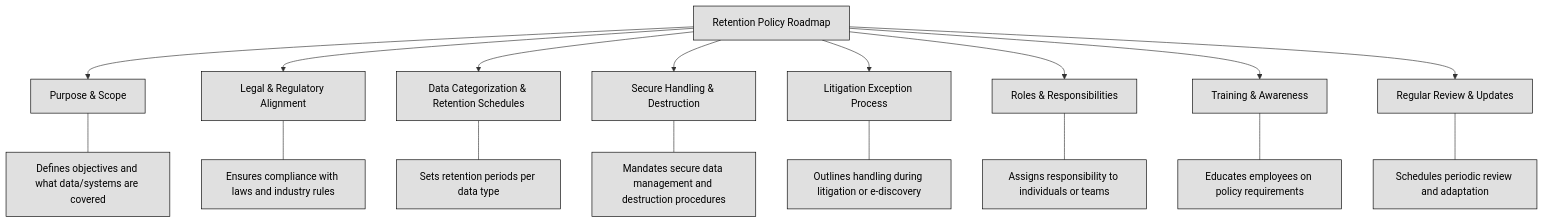
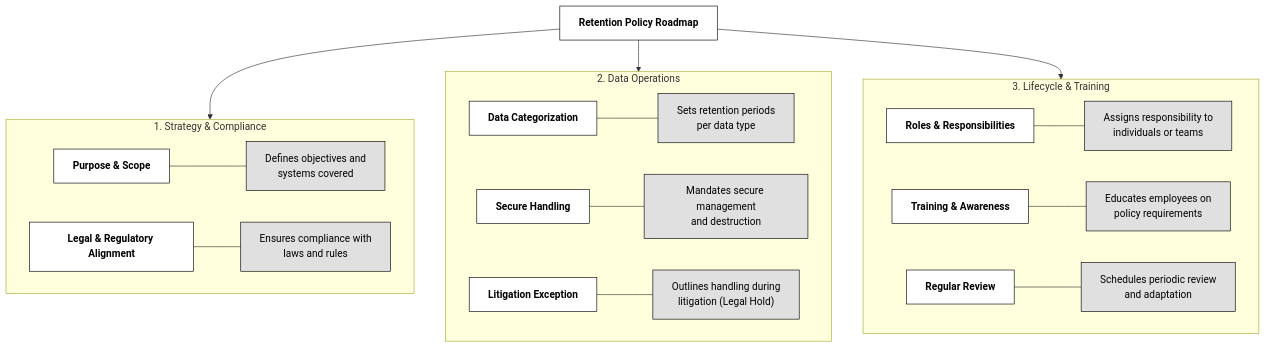
One commit to lorenzoleonelli/CISSP-Zero-to-Hero changed the diagram in DOMAIN2: Asset Security/2.05 Ensure appropriate asset retention.md. Above: the diagram before and after it, drawn with Mermaid.

Commit message:
Update 2.05 Ensure appropriate asset retention.md

````diff
--- a/DOMAIN2: Asset Security/2.05 Ensure appropriate asset retention.md
+++ b/DOMAIN2: Asset Security/2.05 Ensure appropriate asset retention.md
@@ -16,23 +16,31 @@
 ```mermaid
 flowchart TB
-  A[Retention Policy Roadmap] --> B[Purpose & Scope]
-  A --> C[Legal & Regulatory Alignment]
-  A --> D[Data Categorization & Retention Schedules]
-  A --> E[Secure Handling & Destruction]
-  A --> F[Litigation Exception Process]
-  A --> G[Roles & Responsibilities]
-  A --> H[Training & Awareness]
-  A --> I[Regular Review & Updates]
+    A["<b>Retention Policy Roadmap</b>"]
 
-  B --- B1[Defines objectives and what data/systems are covered]
-  C --- C1[Ensures compliance with laws and industry rules]
-  D --- D1[Sets retention periods per data type]
-  E --- E1[Mandates secure data management and destruction procedures]
-  F --- F1[Outlines handling during litigation or e-discovery]
-  G --- G1[Assigns responsibility to individuals or teams]
-  H --- H1[Educates employees on policy requirements]
-  I --- I1[Schedules periodic review and adaptation]
-  
+    subgraph Strategy [1. Strategy & Compliance]
+    B[Purpose & Scope] --- B1["Defines objectives and<br/>systems covered"]
+    C[Legal & Regulatory Alignment] --- C1["Ensures compliance with<br/>laws and rules"]
+    end
+
+    subgraph Operations [2. Data Operations]
+    D[Data Categorization] --- D1["Sets retention periods<br/>per data type"]
+    E[Secure Handling] --- E1["Mandates secure management<br/>and destruction"]
+    F[Litigation Exception] --- F1["Outlines handling during<br/>litigation (Legal Hold)"]
+    end
+
+    subgraph Governance [3. Lifecycle & Training]
+    G[Roles & Responsibilities] --- G1["Assigns responsibility to<br/>individuals or teams"]
+    H[Training & Awareness] --- H1["Educates employees on<br/>policy requirements"]
+    I[Regular Review] --- I1["Schedules periodic review<br/>and adaptation"]
+    end
+
+    A --> Strategy
+    A --> Operations
+    A --> Governance
+
     classDef center fill:#ffffff,color:#000000,stroke:#000000,stroke-width:1px,font-weight:bold
     classDef node fill:#e0e0e0,color:#000000,stroke:#000000,stroke-width:1px
+
+    class A,B,C,D,E,F,G,H,I center
+    class B1,C1,D1,E1,F1,G1,H1,I1 node
 ```
````
